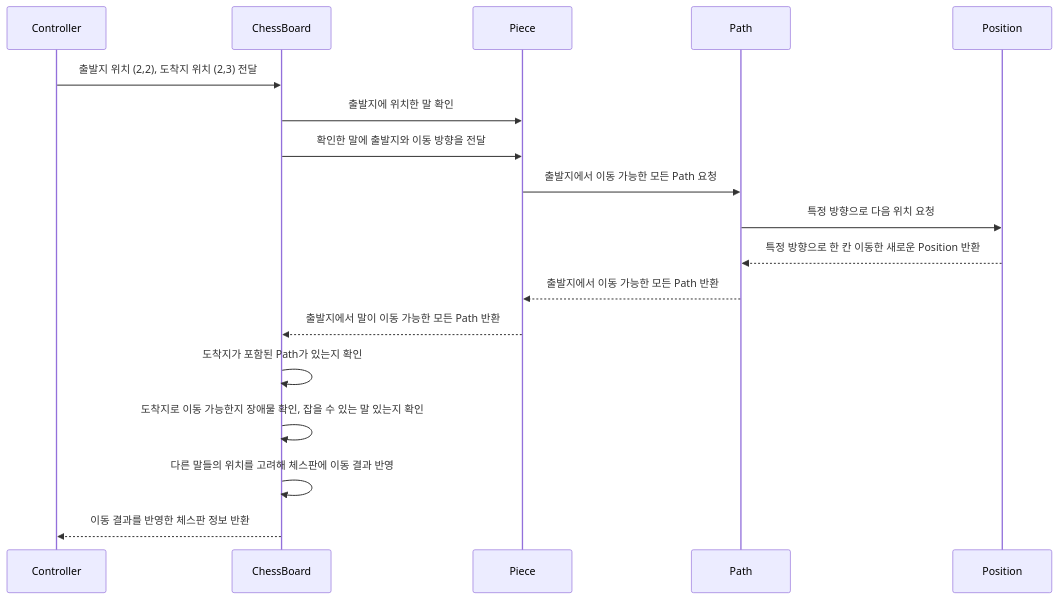
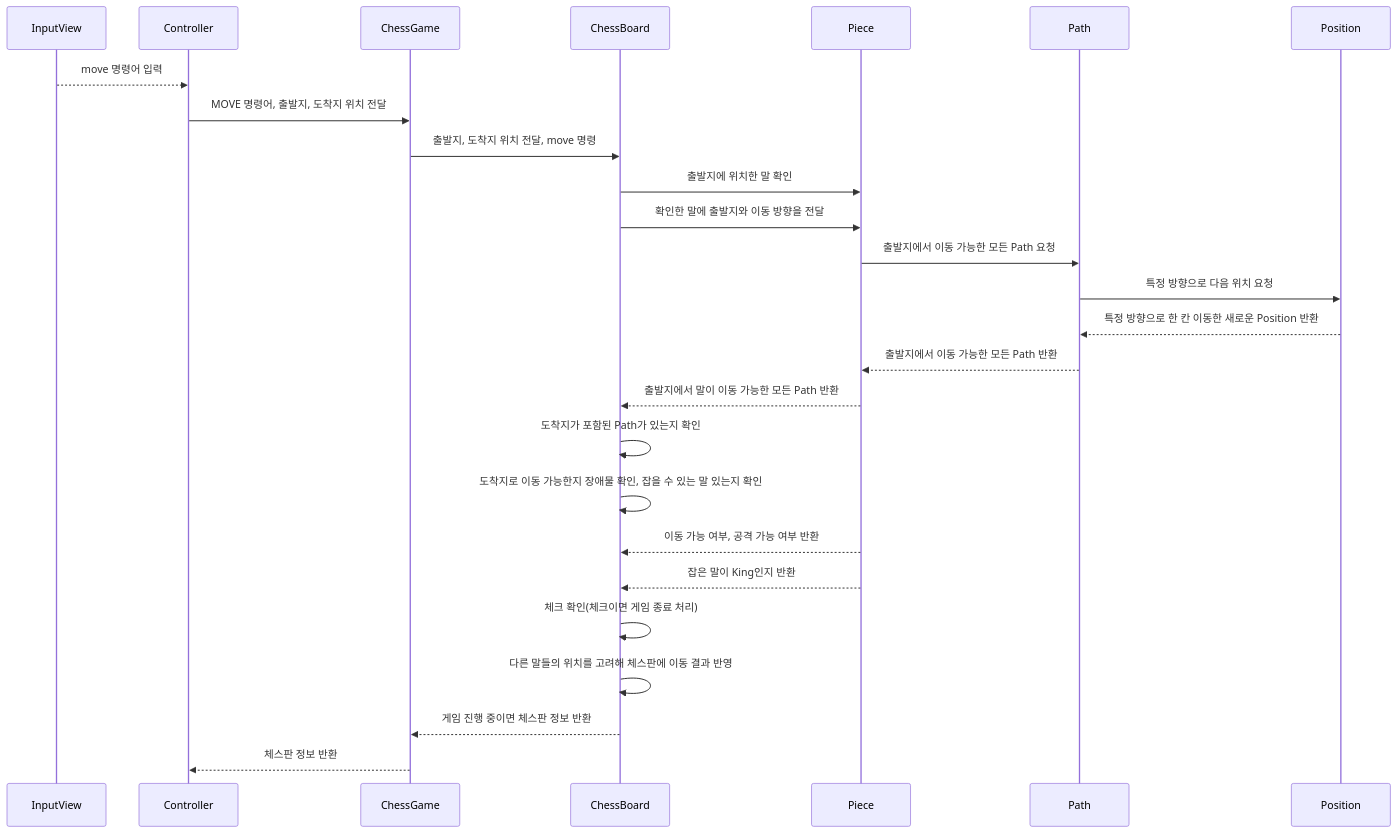
Before and after one commit to woowacourse/java-chess: the first of 2 diagrams in README.md, drawn with Mermaid. The commit also changed other lines of this file and 1 other file, not shown here.

````diff
--- a/README.md
+++ b/README.md
@@ -36,24 +45,35 @@
 ```mermaid
 sequenceDiagram
 
-	Controller ->> ChessBoard: 출발지 위치 (2,2), 도착지 위치 (2,3) 전달
+	InputView -->> Controller: move 명령어 입력
+
+	Controller ->> ChessGame: MOVE 명령어, 출발지, 도착지 위치 전달
+	ChessGame ->> ChessBoard: 출발지, 도착지 위치 전달, move 명령
 
   ChessBoard ->> Piece: 출발지에 위치한 말 확인
 
 	ChessBoard ->> Piece: 확인한 말에 출발지와 이동 방향을 전달
 
 	Piece ->> Path: 출발지에서 이동 가능한 모든 Path 요청
 
 	Path ->> Position: 특정 방향으로 다음 위치 요청
 	Position -->> Path: 특정 방향으로 한 칸 이동한 새로운 Position 반환
 
 	Path -->> Piece: 출발지에서 이동 가능한 모든 Path 반환 
 
 	Piece -->> ChessBoard: 출발지에서 말이 이동 가능한 모든 Path 반환
 
 	ChessBoard ->> ChessBoard: 도착지가 포함된 Path가 있는지 확인
 	ChessBoard ->> ChessBoard: 도착지로 이동 가능한지 장애물 확인, 잡을 수 있는 말 있는지 확인
+
+	Piece -->> ChessBoard: 이동 가능 여부, 공격 가능 여부 반환
+
+	Piece -->> ChessBoard: 잡은 말이 King인지 반환
+	ChessBoard ->> ChessBoard: 체크 확인(체크이면 게임 종료 처리)
+
 	ChessBoard ->> ChessBoard: 다른 말들의 위치를 고려해 체스판에 이동 결과 반영
+	ChessBoard -->> ChessGame: 게임 진행 중이면 체스판 정보 반환
 
-	ChessBoard -->> Controller: 이동 결과를 반영한 체스판 정보 반환 
+	ChessGame -->> Controller: 체스판 정보 반환
+
 ```
````
